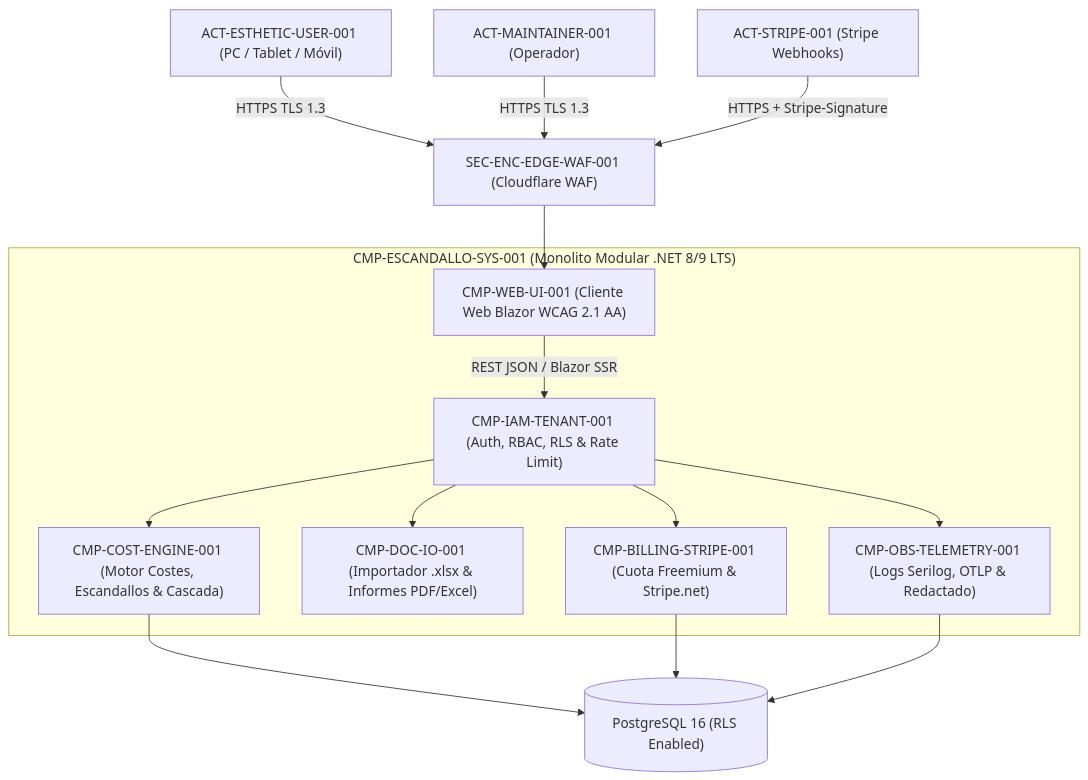
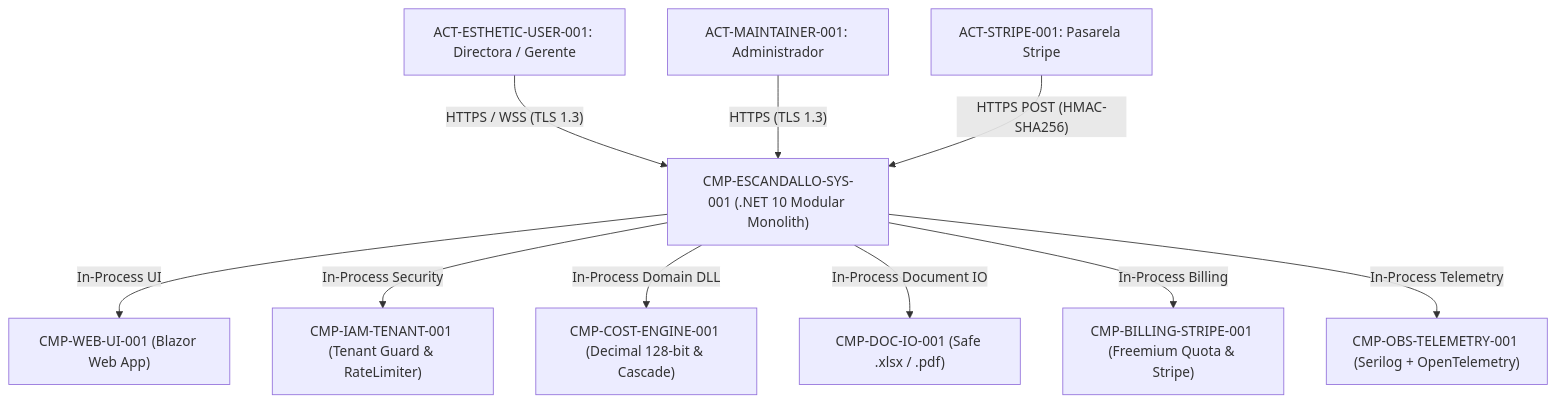
Before and after one commit to altromon/Escandallo: the diagram in specs/architecture/components/cmp-escandallo-sys-001.md, drawn with Mermaid. The commit also changed other lines of this file and 125 other files, not shown here.

````diff
--- a/specs/architecture/components/cmp-escandallo-sys-001.md
+++ b/specs/architecture/components/cmp-escandallo-sys-001.md
@@ -54,25 +55,13 @@
 ```mermaid
 graph TD
-    User["ACT-ESTHETIC-USER-001 (PC / Tablet / Móvil)"] -->|HTTPS TLS 1.3| WAF["SEC-ENC-EDGE-WAF-001 (Cloudflare WAF)"]
-    Maintainer["ACT-MAINTAINER-001 (Operador)"] -->|HTTPS TLS 1.3| WAF
-    Stripe["ACT-STRIPE-001 (Stripe Webhooks)"] -->|HTTPS + Stripe-Signature| WAF
+    EstheticUser["ACT-ESTHETIC-USER-001: Directora / Gerente"] -->|"HTTPS / WSS (TLS 1.3)"| SYS["CMP-ESCANDALLO-SYS-001 (.NET 10 Modular Monolith)"]
+    Maintainer["ACT-MAINTAINER-001: Administrador"] -->|"HTTPS (TLS 1.3)"| SYS
+    Stripe["ACT-STRIPE-001: Pasarela Stripe"] -->|"HTTPS POST (HMAC-SHA256)"| SYS
 
-    subgraph SYS["CMP-ESCANDALLO-SYS-001 (Monolito Modular .NET 8/9 LTS)"]
-        UI["CMP-WEB-UI-001 (Cliente Web Blazor WCAG 2.1 AA)"]
-        IAM["CMP-IAM-TENANT-001 (Auth, RBAC, RLS & Rate Limit)"]
-        ENGINE["CMP-COST-ENGINE-001 (Motor Costes, Escandallos & Cascada)"]
-        DOC["CMP-DOC-IO-001 (Importador .xlsx & Informes PDF/Excel)"]
-        BILL["CMP-BILLING-STRIPE-001 (Cuota Freemium & Stripe.net)"]
-        OBS["CMP-OBS-TELEMETRY-001 (Logs Serilog, OTLP & Redactado)"]
-    end
-
-    WAF --> UI
-    UI -->|REST JSON / Blazor SSR| IAM
-    IAM --> ENGINE
-    IAM --> DOC
-    IAM --> BILL
-    IAM --> OBS
-    ENGINE --> DB[("PostgreSQL 16 (RLS Enabled)")]
-    BILL --> DB
-    OBS --> DB
+    SYS -->|"In-Process UI"| WebUI["CMP-WEB-UI-001 (Blazor Web App)"]
+    SYS -->|"In-Process Security"| IAM["CMP-IAM-TENANT-001 (Tenant Guard & RateLimiter)"]
+    SYS -->|"In-Process Domain DLL"| Engine["CMP-COST-ENGINE-001 (Decimal 128-bit & Cascade)"]
+    SYS -->|"In-Process Document IO"| DocIO["CMP-DOC-IO-001 (Safe .xlsx / .pdf)"]
+    SYS -->|"In-Process Billing"| Billing["CMP-BILLING-STRIPE-001 (Freemium Quota & Stripe)"]
+    SYS -->|"In-Process Telemetry"| Obs["CMP-OBS-TELEMETRY-001 (Serilog + OpenTelemetry)"]
 ```
````
